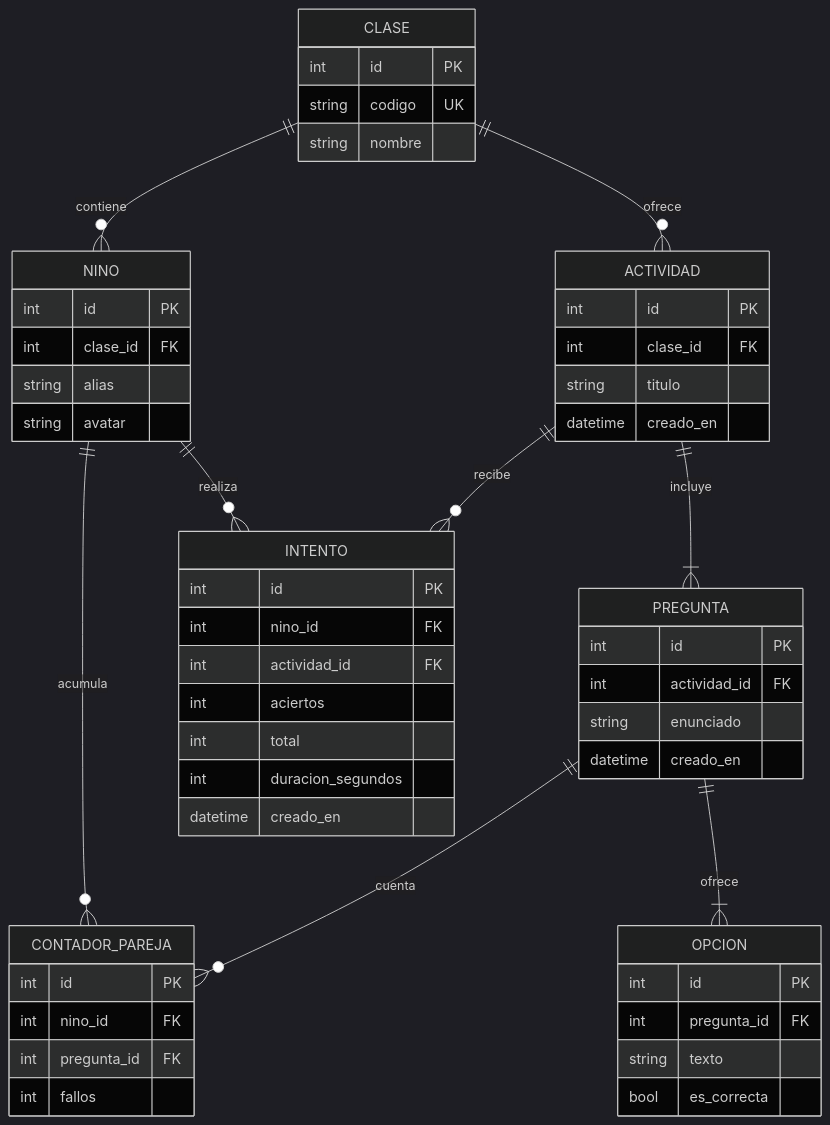
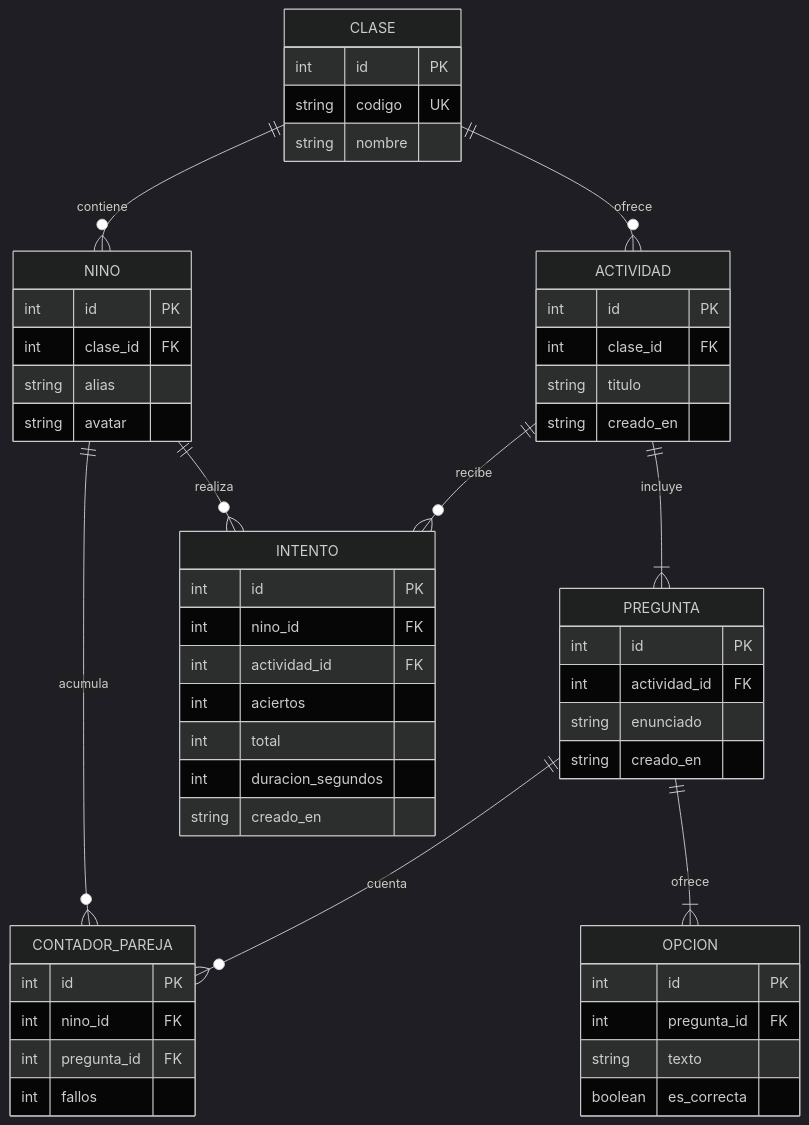
The diagram in specs/plan.md (sebx771/plataforma-ludica), drawn with Mermaid (dark theme) before and after one commit. The commit also changed 1 other file, not shown here.

Commit message:
docs: corrige diagramas Mermaid de especificaciones

````diff
--- a/specs/plan.md
+++ b/specs/plan.md
@@ -9,56 +9,56 @@
 ```mermaid
 erDiagram
     CLASE ||--o{ NINO : contiene
     CLASE ||--o{ ACTIVIDAD : ofrece
     ACTIVIDAD ||--|{ PREGUNTA : incluye
     PREGUNTA ||--|{ OPCION : ofrece
     NINO ||--o{ INTENTO : realiza
     ACTIVIDAD ||--o{ INTENTO : recibe
     NINO ||--o{ CONTADOR_PAREJA : acumula
     PREGUNTA ||--o{ CONTADOR_PAREJA : cuenta
 
     CLASE {
         int id PK
         string codigo UK
         string nombre
     }
     NINO {
         int id PK
         int clase_id FK
         string alias
         string avatar
     }
     ACTIVIDAD {
         int id PK
         int clase_id FK
         string titulo
-        datetime creado_en
+        string creado_en
     }
     PREGUNTA {
         int id PK
         int actividad_id FK
         string enunciado
-        datetime creado_en
+        string creado_en
     }
     OPCION {
         int id PK
         int pregunta_id FK
         string texto
-        bool es_correcta
+        boolean es_correcta
     }
     INTENTO {
         int id PK
         int nino_id FK
         int actividad_id FK
         int aciertos
         int total
         int duracion_segundos
-        datetime creado_en
+        string creado_en
     }
     CONTADOR_PAREJA {
         int id PK
         int nino_id FK
         int pregunta_id FK
         int fallos
     }
 ```
````
